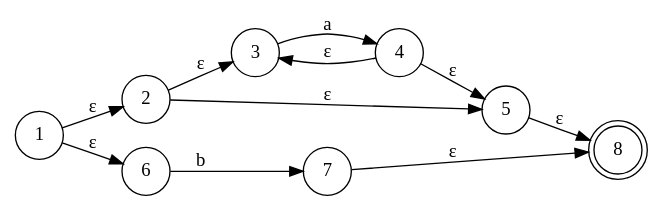
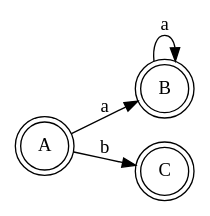
The diagram in Entrega final/fsm.gv (josepablito16/Regex-Engine), drawn with Graphviz before and after one commit. The commit also changed 5 other files, not shown here.

```diff
--- a/Entrega final/fsm.gv
+++ b/Entrega final/fsm.gv
@@ -1,16 +1,11 @@
 digraph finite_state_machine {
 	rankdir=LR size="8,5"
 	node [shape=doublecircle]
-	8
+	A
+	B
+	C
 	node [shape=circle]
-	1 -> 2 [label="ε"]
-	1 -> 6 [label="ε"]
-	6 -> 7 [label=b]
-	7 -> 8 [label="ε"]
-	2 -> 3 [label="ε"]
-	2 -> 5 [label="ε"]
-	3 -> 4 [label=a]
-	4 -> 3 [label="ε"]
-	4 -> 5 [label="ε"]
-	5 -> 8 [label="ε"]
+	A -> B [label=a]
+	A -> C [label=b]
+	B -> B [label=a]
 }
```
